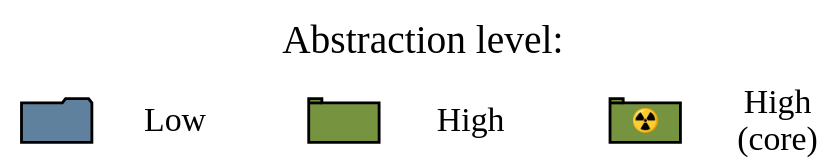
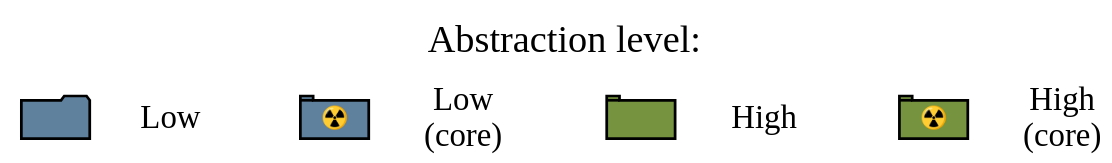
The diagram in docs/_generated/module_legend-default.dot (delameter/pytermor), drawn with Graphviz before and after one commit. The commit also changed 116 other files, not shown here.

```diff
--- a/docs/_generated/module_legend-default.dot
+++ b/docs/_generated/module_legend-default.dot
@@ -1,48 +1,52 @@
 # placeholders:
-#   2,1
+#   2.66,1
 #   #000000
 
 digraph G {
     dpi = 150;
     rankdir = TB;
     ranksep=0.1;
     #TBbalance = min;
     ratio=compress;
-    size="2,1";
+    size="2.66,1";
 
     node [
         style="filled",
         fontname="Munson",
         fontcolor="#000000",
         margin="0.2,0.0",
         fontsize=14,
         width=1.0,
         height=.5,
     ];
     edge [style="invis"];
 
     legend_title [shape=plain,fillcolor="none",label="Abstraction level:"];
     node [fontsize=12];
     
     subgraph ceter {
         rank=sink;
         icon_low [shape=folder,label="",fillcolor="#5f819d",width=.35,height=.2]
         legend_low [shape=plain,fillcolor="none",label="Low"];
         icon_high [shape=tab,label="",fillcolor="#769440",width=.35,height=.2];
         legend_high [shape=plain,fillcolor="none",label="High"];
-        icon_core [shape=tab,label="☢️"fontname="Ubuntu",fillcolor="#769440",width=.35,height=.2,fixedsize=1,fontsize=8];
-        legend_core [label="High\n(core)",shape=plain,fillcolor=none];
+        icon_low_core [shape=tab,label="☢️"fontname="Ubuntu",fillcolor="#5f819d",width=.35,height=.2,fixedsize=1,fontsize=8];
+        legend_low_core [label="Low\n(core)",shape=plain,fillcolor=none];
+        icon_high_core [shape=tab,label="☢️"fontname="Ubuntu",fillcolor="#769440",width=.35,height=.2,fixedsize=1,fontsize=8];
+        legend_high_core [label="High\n(core)",shape=plain,fillcolor=none];
         
         edge [constraint=0,minlen=0];
         icon_low -> legend_low  [];
         icon_high -> legend_high [];
-        icon_core -> legend_core [];
-        
+        icon_low_core -> legend_low_core [];
+        icon_high_core -> legend_high_core [];
+
         edge [constraint=1,minlen=2];
-        legend_low -> icon_high[];
-        legend_high -> icon_core [];
+        legend_low -> icon_low_core[];
+        legend_low_core -> icon_high[];
+        legend_high -> icon_high_core[];
 
     }
     
     legend_title -> {icon_low} [constraint=0, minlen=3]
 }
```
